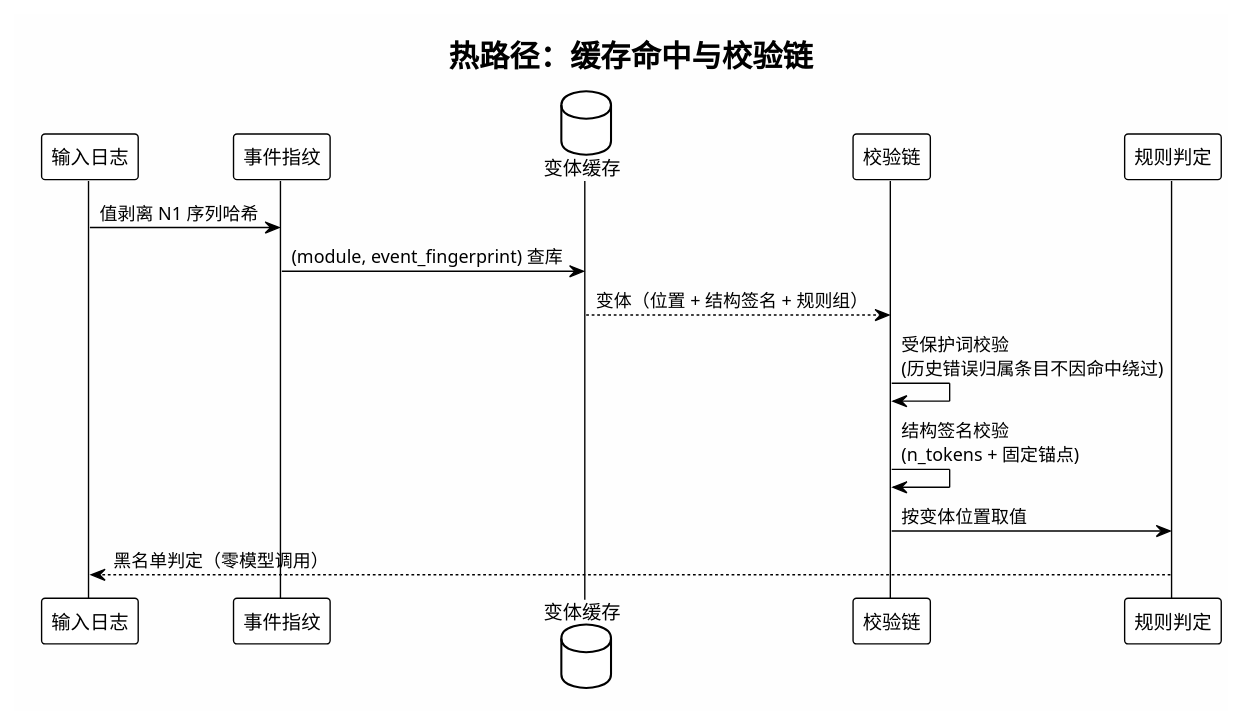
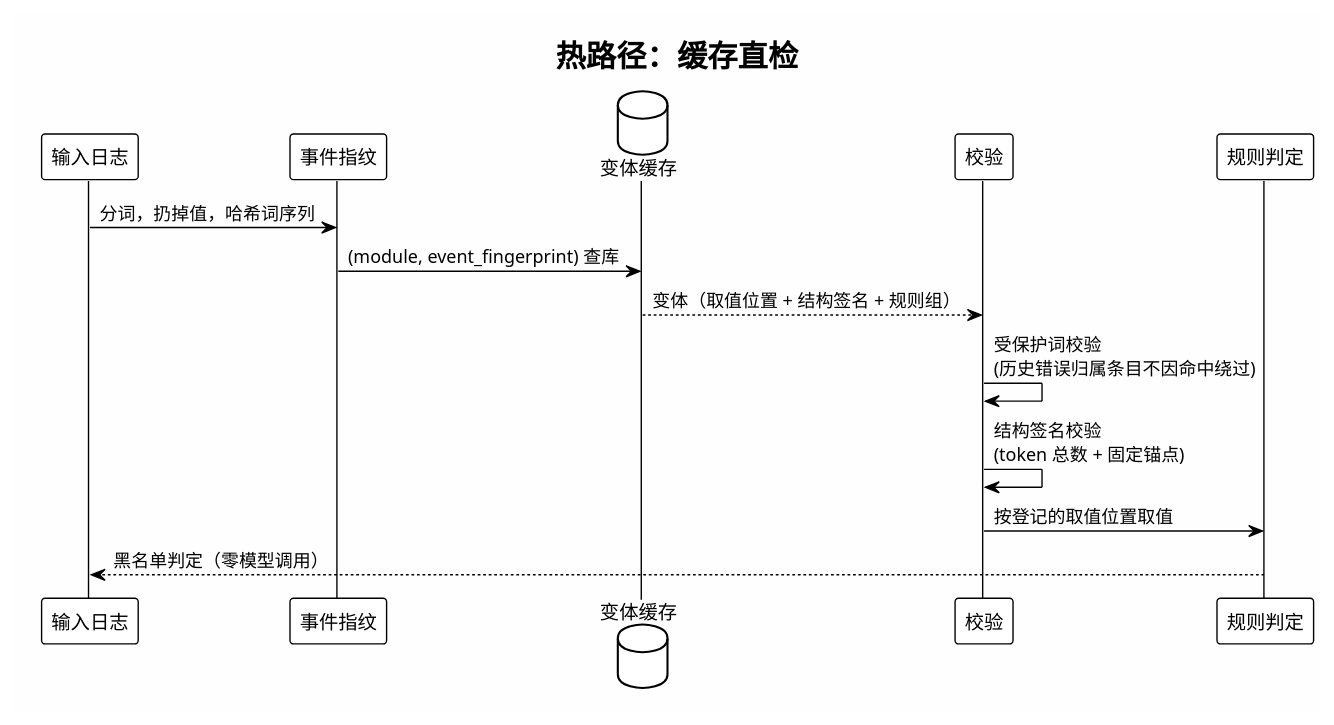
The ninth of 16 diagrams in LogNet3.0方案设计与实现文档.md (HouMonKy/TIG-PIPLUP), drawn with PlantUML before and after one commit. The commit also changed other lines of this file, not shown here.

Commit message:
docs: 5.4 三节重写——事件指纹改为'缓存的身份证'讲法（三条日志手算对照、三个为什么）；位置映射与结构签名拆成'取值位置'+'形状描述'两件事各配手算示例；热路径校验链改为'参数异常检测时序'，冷热两条路径分开两张时序图

````diff
--- a/LogNet3.0方案设计与实现文档.md
+++ b/LogNet3.0方案设计与实现文档.md
@@ -798,24 +861,24 @@
 ```plantuml
 @startuml Parameter_Hot_Sequence
 !theme plain
 skinparam backgroundColor #FEFEFE
 skinparam shadowing false
 
-title 热路径：缓存命中与校验链
+title 热路径：缓存直检
 
 participant "输入日志" as Log
 participant "事件指纹" as FP
 database "变体缓存" as Store
-participant "校验链" as Check
+participant "校验" as Check
 participant "规则判定" as Rule
 
-Log -> FP: 值剥离 N1 序列哈希
+Log -> FP: 分词，扔掉值，哈希词序列
 FP -> Store: (module, event_fingerprint) 查库
-Store --> Check: 变体（位置 + 结构签名 + 规则组）
+Store --> Check: 变体（取值位置 + 结构签名 + 规则组）
 Check -> Check: 受保护词校验\n(历史错误归属条目不因命中绕过)
-Check -> Check: 结构签名校验\n(n_tokens + 固定锚点)
-Check -> Rule: 按变体位置取值
+Check -> Check: 结构签名校验\n(token 总数 + 固定锚点)
+Check -> Rule: 按登记的取值位置取值
 Rule --> Log: 黑名单判定（零模型调用）
 
 @enduml
 ```
````
